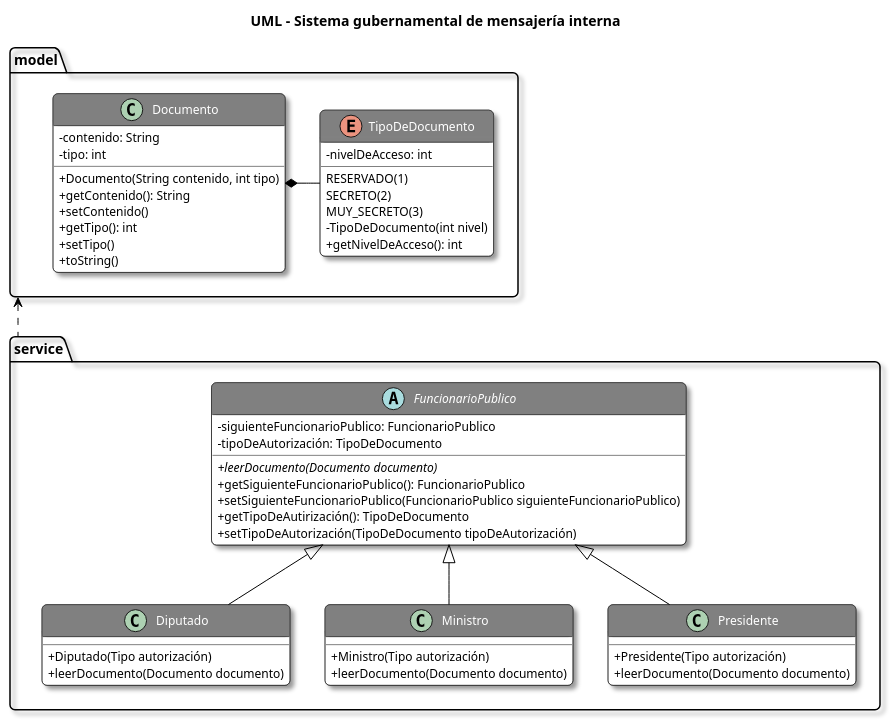
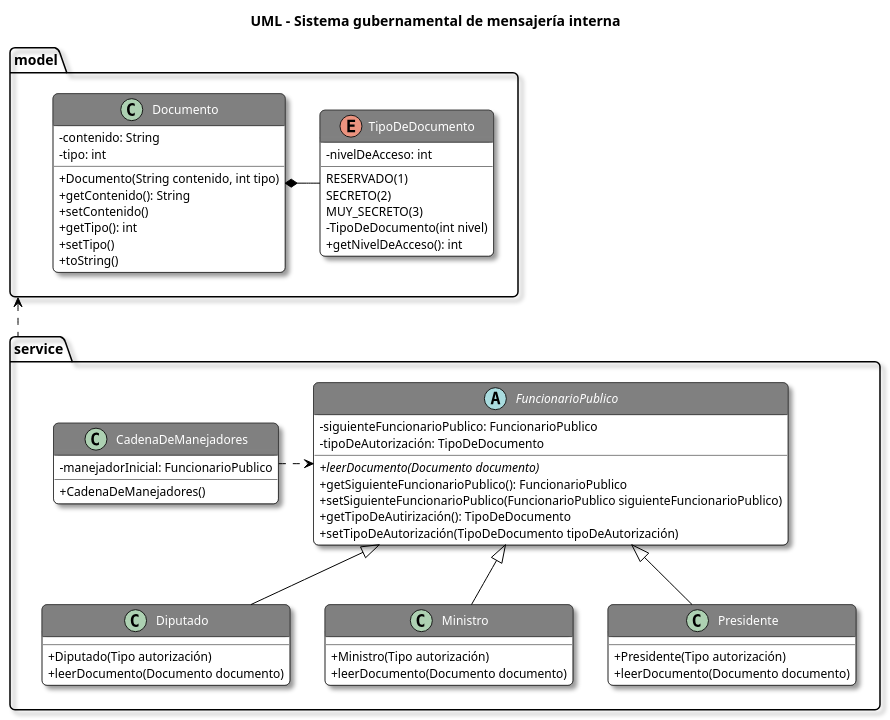
Before and after one commit to hfelipeserna/hfelipeserna.github.io: the diagram in Digital_House-Certified_Tech_Developer/Backend_I/Responsability_chain_pattern/Sistema_mensajería_gubernamental/src/Sistema_mensajería_gubernamental.puml, drawn with PlantUML. The commit also changed 2 other files, not shown here.

Commit message:
[FIXED] Corregir diagrama UML
- Se corrige diagrama UML donde no se mostraba el getter y setter para el manejadorInicial de la clase CadenaDeManejadores.

```diff
--- a/Digital_House-Certified_Tech_Developer/Backend_I/Responsability_chain_pattern/Sistema_mensajería_gubernamental/src/Sistema_mensajería_gubernamental.puml
+++ b/Digital_House-Certified_Tech_Developer/Backend_I/Responsability_chain_pattern/Sistema_mensajería_gubernamental/src/Sistema_mensajería_gubernamental.puml
@@ -1,91 +1,97 @@
 @startuml
 'https://plantuml.com/class-diagram
 '___________STYLES___________
 title UML - Sistema gubernamental de mensajería interna
 skinparam classAttributeIconSize 0
 skinparam backgroundColor White
 skinparam RoundCorner 10
 skinparam Shadowing true
 
 skinparam class {
     ArrowColor Black
     BackgroundColor White
     HeaderBackgroundColor Gray
     BorderColor Black
     FontColor White
     FontSize 14
     AttributeFontSize 12
 }
 
 skinparam object{
     ArrowColor Black
     BackgroundColor White
     BorderColor Black
     FontColor Black
     FontSize 14
     AttributeFontSize 12
 }
 
 skinparam note {
     BackgroundColor LightYellow
     BorderColor Black
 }
 
 '___________UML___________
 
 package model {
 enum TipoDeDocumento {
 RESERVADO(1)
 SECRETO(2)
 MUY_SECRETO(3)
 -nivelDeAcceso: int
 -TipoDeDocumento(int nivel)
 +getNivelDeAcceso(): int
 }
 
 class Documento {
 -contenido: String
 -tipo: int
 +Documento(String contenido, int tipo)
 +getContenido(): String
 +setContenido()
 +getTipo(): int
 +setTipo()
 +toString()
 }
 }
 
 package service {
 abstract FuncionarioPublico {
 - siguienteFuncionarioPublico: FuncionarioPublico
 - tipoDeAutorización: TipoDeDocumento
 +{abstract}leerDocumento(Documento documento)
 +getSiguienteFuncionarioPublico(): FuncionarioPublico
 +setSiguienteFuncionarioPublico(FuncionarioPublico siguienteFuncionarioPublico)
 +getTipoDeAutirización(): TipoDeDocumento
 +setTipoDeAutorización(TipoDeDocumento tipoDeAutorización)
 }
 
 class Diputado {
 +Diputado(Tipo autorización)
 +leerDocumento(Documento documento)
 }
 
 class Ministro {
 +Ministro(Tipo autorización)
 +leerDocumento(Documento documento)
 }
 
 class Presidente {
 +Presidente(Tipo autorización)
 +leerDocumento(Documento documento)
 }
+
+class CadenaDeManejadores {
+-manejadorInicial: FuncionarioPublico
++CadenaDeManejadores()
+}
 }
 
 model <.. service
 Documento *- TipoDeDocumento
 FuncionarioPublico <|-- Diputado
 FuncionarioPublico <|-- Ministro
 FuncionarioPublico <|-- Presidente
+CadenaDeManejadores .> FuncionarioPublico
 
 @enduml
```
